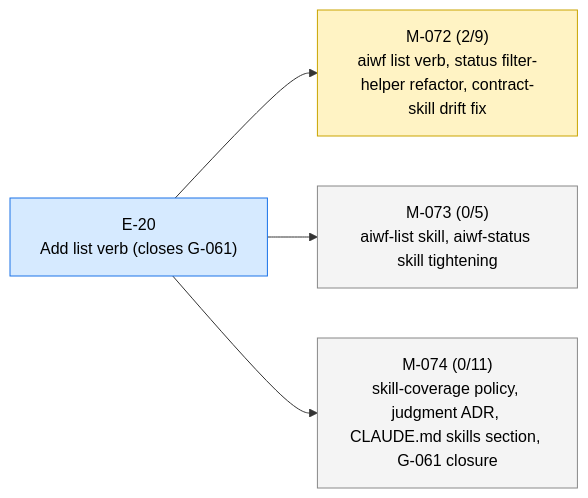
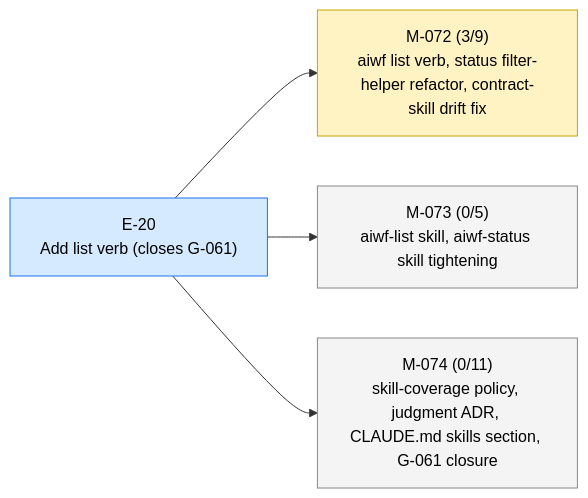
One commit to 23min/aiwf changed the first of 2 diagrams in STATUS.md. Above: the diagram before and after it, drawn with Mermaid. The commit also changed other lines of this file and 1 other file, not shown here.

First line of the commit message:
aiwf promote M-072/AC-4 open -> met

````diff
--- a/STATUS.md
+++ b/STATUS.md
@@ -13,16 +13,16 @@
 ```mermaid
 flowchart LR
   E_20["E-20<br/>Add list verb (closes G-061)"]:::epic_active
-  M_072["M-072 (2/9)<br/>aiwf list verb, status filter-helper refactor, contract-skill drift fix"]:::ms_in_progress
+  M_072["M-072 (3/9)<br/>aiwf list verb, status filter-helper refactor, contract-skill drift fix"]:::ms_in_progress
   E_20 --> M_072
   M_073["M-073 (0/5)<br/>aiwf-list skill, aiwf-status skill tightening"]:::ms_draft
   E_20 --> M_073
   M_074["M-074 (0/11)<br/>skill-coverage policy, judgment ADR, CLAUDE.md skills section, G-061 closure"]:::ms_draft
   E_20 --> M_074
   classDef epic_active fill:#d6eaff,stroke:#1a73e8,color:#000
   classDef epic_proposed fill:#f4f4f4,stroke:#888,color:#000
   classDef ms_done fill:#d8f5d8,stroke:#2a8a2a,color:#000
   classDef ms_in_progress fill:#fff3c4,stroke:#caa400,color:#000
   classDef ms_draft fill:#f4f4f4,stroke:#888,color:#000
   classDef ms_cancelled fill:#fbeaea,stroke:#c33,color:#000
 ```
````
